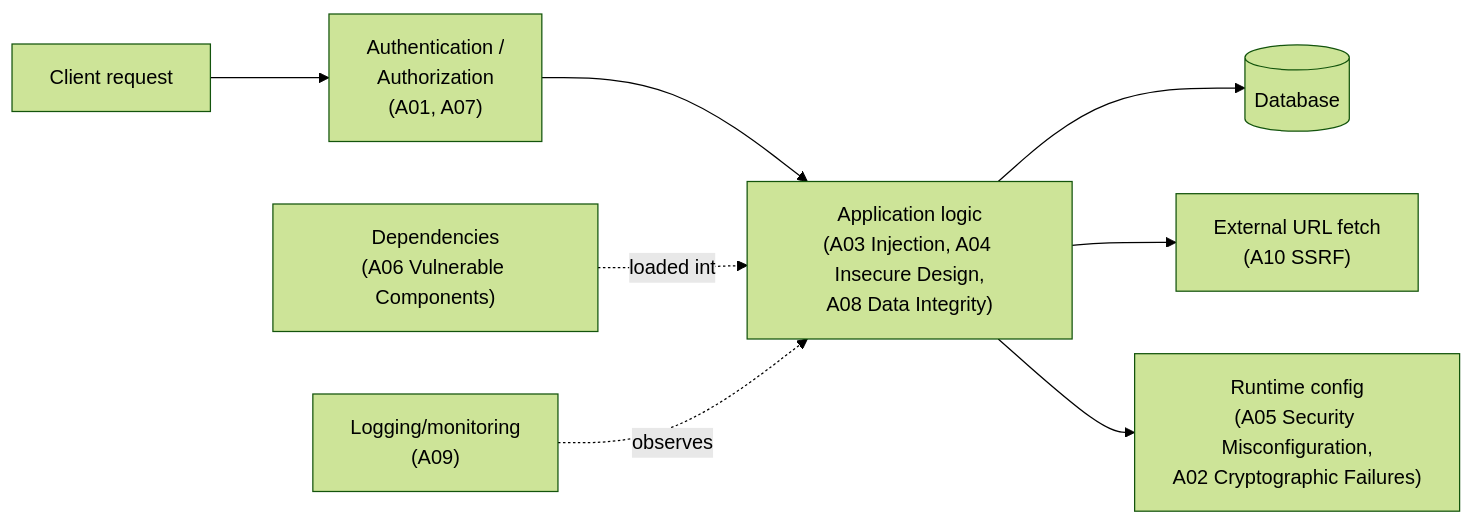
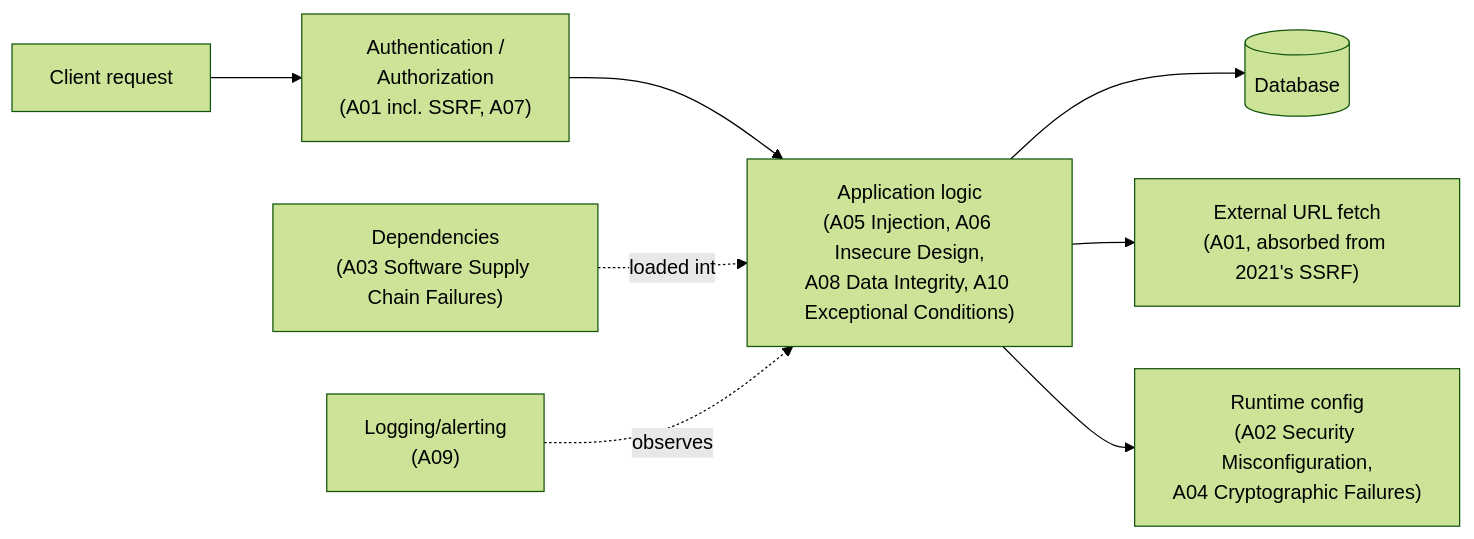
The first of 2 diagrams in syllabus/12-security/owasp-top-10-for-backend-services.md (JuanMelendres/cracking-code-interviews), drawn with Mermaid (forest theme) before and after one commit. The commit also changed other lines of this file and 7 other files, not shown here.

````diff
--- a/syllabus/12-security/owasp-top-10-for-backend-services.md
+++ b/syllabus/12-security/owasp-top-10-for-backend-services.md
@@ -90,10 +90,10 @@
 ```mermaid
 graph LR
-    Client["Client request"] --> Auth["Authentication /<br/>Authorization<br/>(A01, A07)"]
-    Auth --> App["Application logic<br/>(A03 Injection, A04 Insecure Design,<br/>A08 Data Integrity)"]
+    Client["Client request"] --> Auth["Authentication /<br/>Authorization<br/>(A01 incl. SSRF, A07)"]
+    Auth --> App["Application logic<br/>(A05 Injection, A06 Insecure Design,<br/>A08 Data Integrity, A10 Exceptional Conditions)"]
     App --> DB[("Database")]
-    App --> Ext["External URL fetch<br/>(A10 SSRF)"]
-    App --> Config["Runtime config<br/>(A05 Security Misconfiguration,<br/>A02 Cryptographic Failures)"]
-    Deps["Dependencies<br/>(A06 Vulnerable Components)"] -.loaded into.-> App
-    Logs["Logging/monitoring<br/>(A09)"] -.observes.-> App
+    App --> Ext["External URL fetch<br/>(A01, absorbed from 2021's SSRF)"]
+    App --> Config["Runtime config<br/>(A02 Security Misconfiguration,<br/>A04 Cryptographic Failures)"]
+    Deps["Dependencies<br/>(A03 Software Supply Chain Failures)"] -.loaded into.-> App
+    Logs["Logging/alerting<br/>(A09)"] -.observes.-> App
 ```
````
